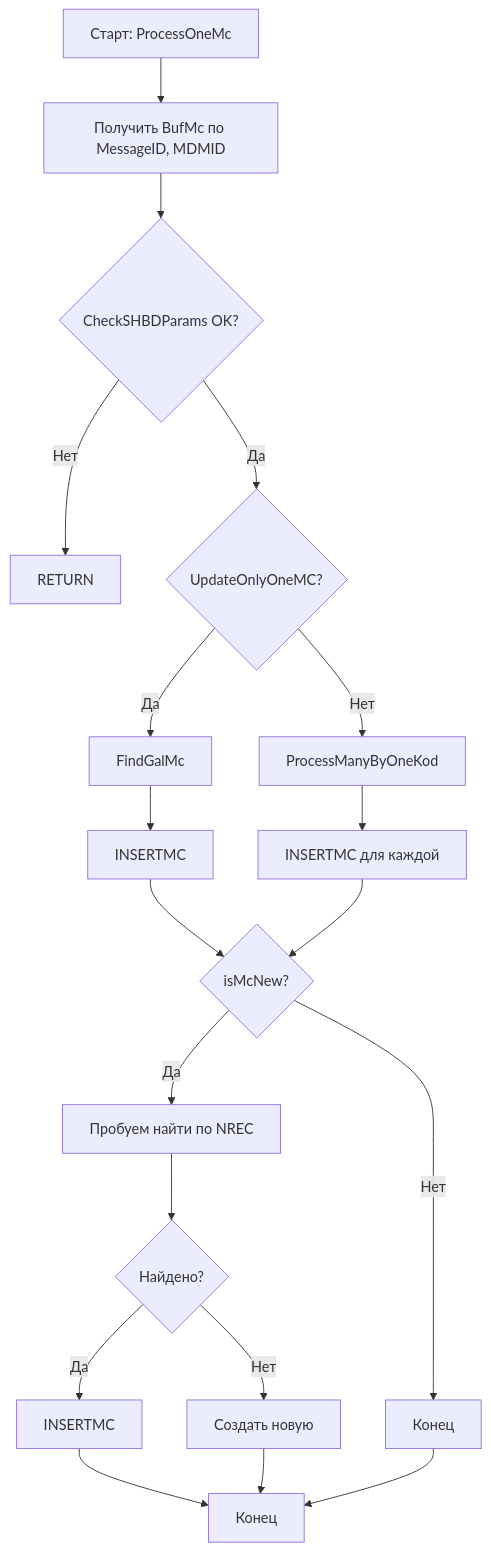
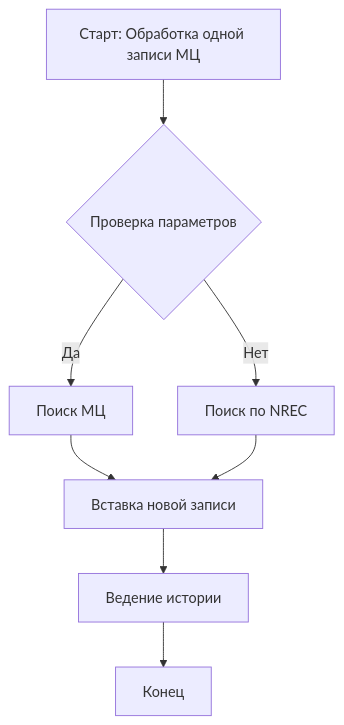
The second of 20 diagrams in README.md (fivec/topsoft.JAM), drawn with Mermaid before and after one commit. The commit also changed other lines of this file, not shown here.

````diff
--- a/README.md
+++ b/README.md
@@ -94,18 +115,10 @@
 ```mermaid
 flowchart TD
-A[Старт: ProcessOneMc] --> B[Получить BufMc по MessageID, MDMID]
-B --> C{CheckSHBDParams OK?}
-C -- Нет --> Z[RETURN]
-C -- Да --> D{UpdateOnlyOneMC?}
-D -- Да --> E[FindGalMc]
-E --> F[INSERTMC]
-D -- Нет --> G[ProcessManyByOneKod]
-G --> H[INSERTMC для каждой]
-F & H --> I{isMcNew?}
-I -- Да --> J[Пробуем найти по NREC]
-J --> K{Найдено?}
-K -- Да --> L[INSERTMC]
-K -- Нет --> M[Создать новую]
-I -- Нет --> N[Конец]
-L & M & N --> O[Конец]
+    A[Старт: Обработка одной записи МЦ] --> B{Проверка параметров}
+    B -- Да --> C[Поиск МЦ]
+    B -- Нет --> D[Поиск по NREC]
+    C --> E[Обновление записи]
+    D --> E[Вставка новой записи]
+    E --> F[Ведение истории]
+    F --> G[Конец]
 ```
````
